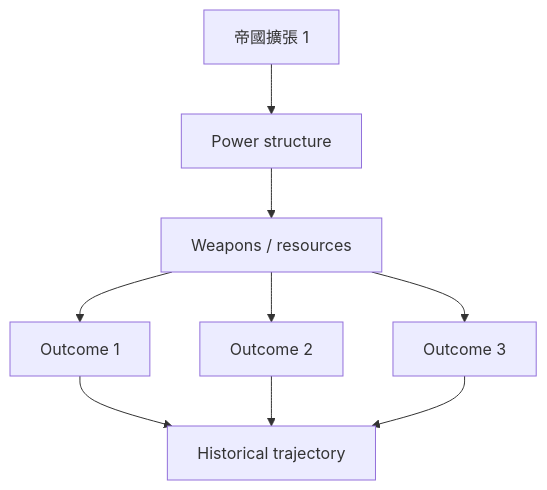
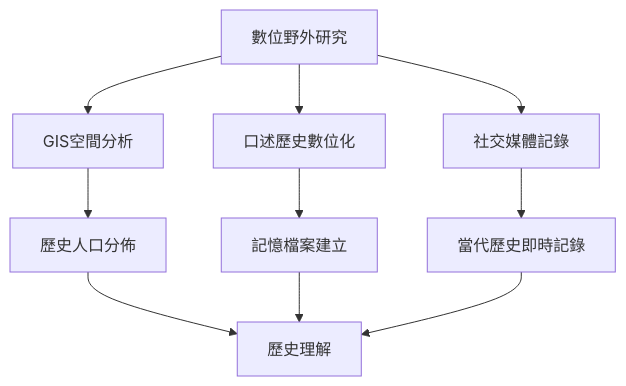
The fourth of 10 diagrams in 01_HKU_Courses/HIST4028_History_without_Borders.md (yip-lgtm/HKU-Harvard-History-Self-Study), drawn with Mermaid before and after one commit. The commit also changed other lines of this file and 65 other files, not shown here.

````diff
--- a/01_HKU_Courses/HIST4028_History_without_Borders.md
+++ b/01_HKU_Courses/HIST4028_History_without_Borders.md
@@ -224,11 +244,12 @@
 ```mermaid
-graph TD
-    A[帝國擴張 1] --> B[Power structure]
-    B --> C[Weapons / resources]
-    C --> D[Outcome 1]
-    C --> E[Outcome 2]
-    C --> F[Outcome 3]
-    D --> G[Historical trajectory]
-    E --> G
-    F --> G
+flowchart TD
+    A[數位野外研究] --> B[GIS空間分析]
+    A --> C[口述歷史數位化]
+    A --> D[社交媒體記錄]
+    B --> E[歷史人口分佈]
+    C --> F[記憶檔案建立]
+    D --> G[當代歷史即時記錄]
+    E --> H[歷史理解]
+    F --> H
+    G --> H
 ```
````
